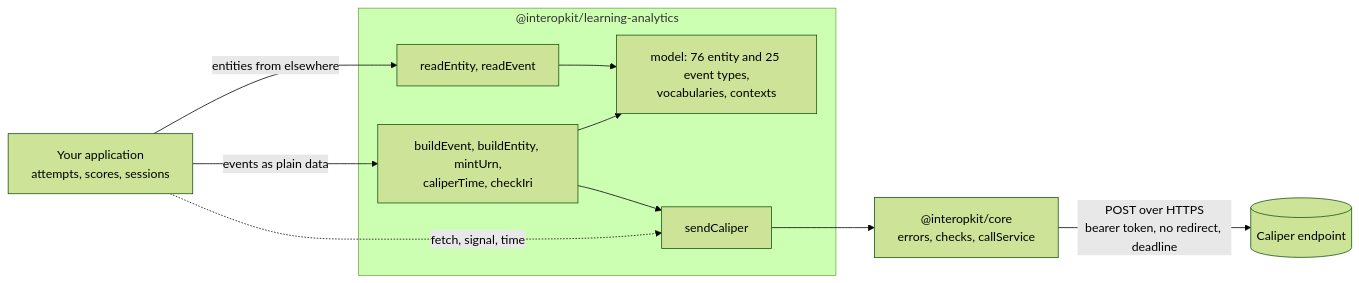
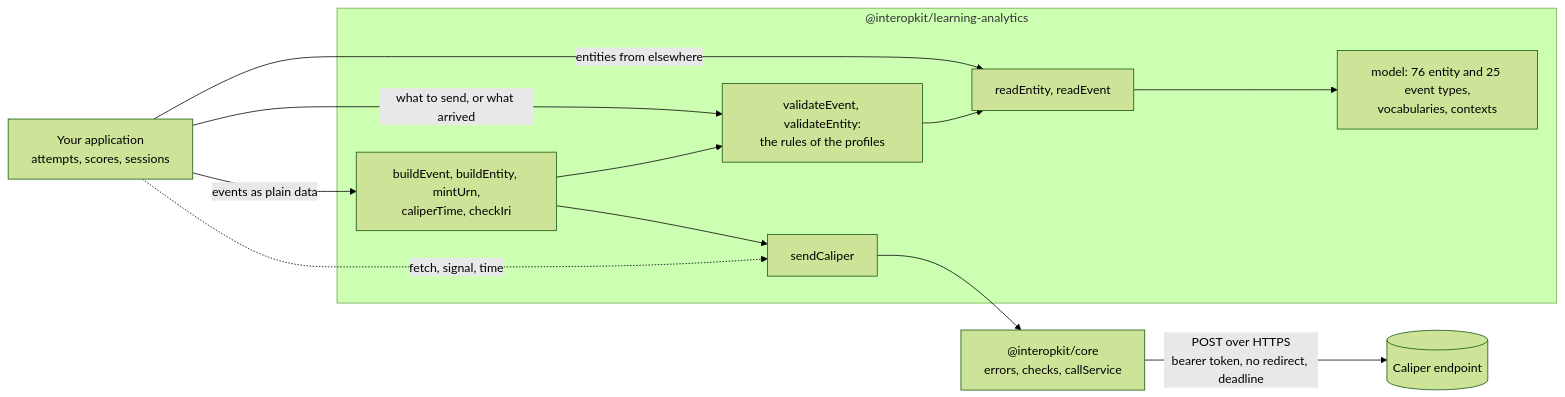
One commit to interopkit/interopkit changed the diagram in packages/learning-analytics/README.md. Above: the diagram before and after it, drawn with Mermaid (forest theme). The commit also changed other lines of this file and 39 other files, not shown here.

First line of the commit message:
Judge Caliper events against the rules of their profiles, and refuse them in buildEvent

````diff
--- a/packages/learning-analytics/README.md
+++ b/packages/learning-analytics/README.md
@@ -9,20 +9,23 @@
 ```mermaid
 flowchart LR
   host["Your application<br/>attempts, scores, sessions"]
   subgraph pkg["@interopkit/learning-analytics"]
     model["model: 76 entity and 25 event types,<br/>vocabularies, contexts"]
     read["readEntity, readEvent"]
+    validate["validateEvent, validateEntity:<br/>the rules of the profiles"]
     build["buildEvent, buildEntity, mintUrn,<br/>caliperTime, checkIri"]
     send["sendCaliper"]
   end
   core["@interopkit/core<br/>errors, checks, callService"]
   endpoint[("Caliper endpoint")]
   host -->|"events as plain data"| build
   host -->|"entities from elsewhere"| read
+  host -->|"what to send, or what arrived"| validate
   read --> model
-  build --> model
+  validate --> read
+  build --> validate
   build --> send
   host -.->|"fetch, signal, time"| send
   send --> core
   core -->|"POST over HTTPS<br/>bearer token, no redirect, deadline"| endpoint
 ```
````
